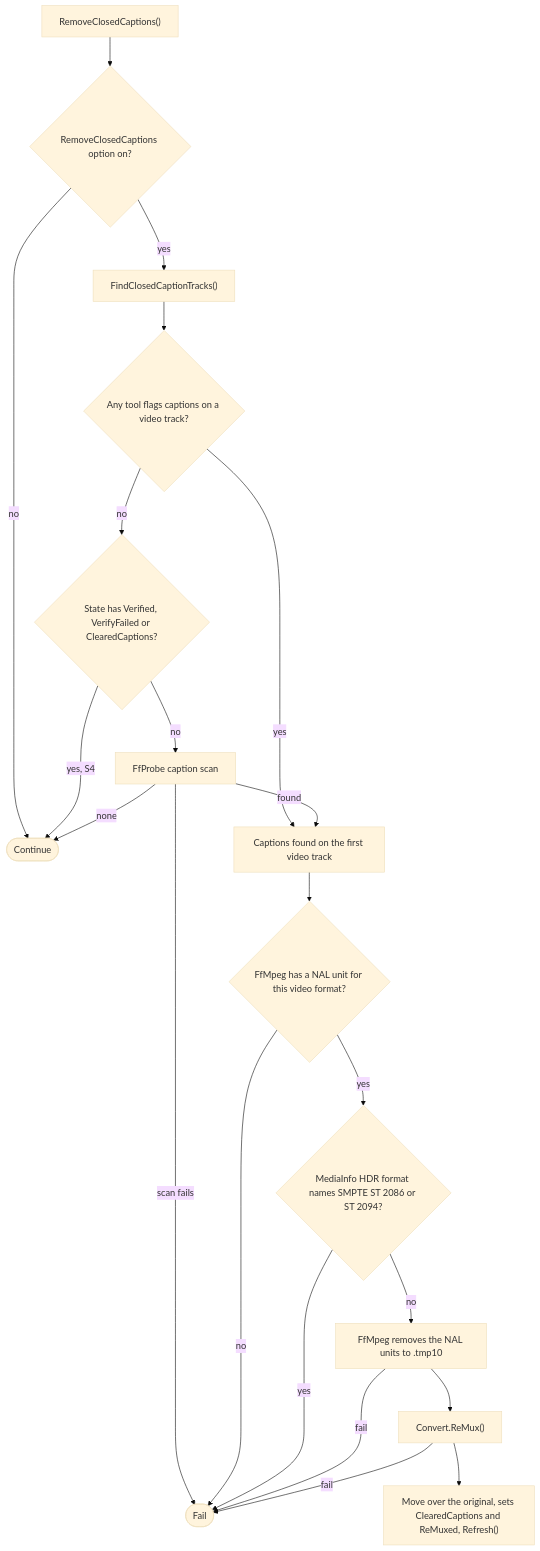
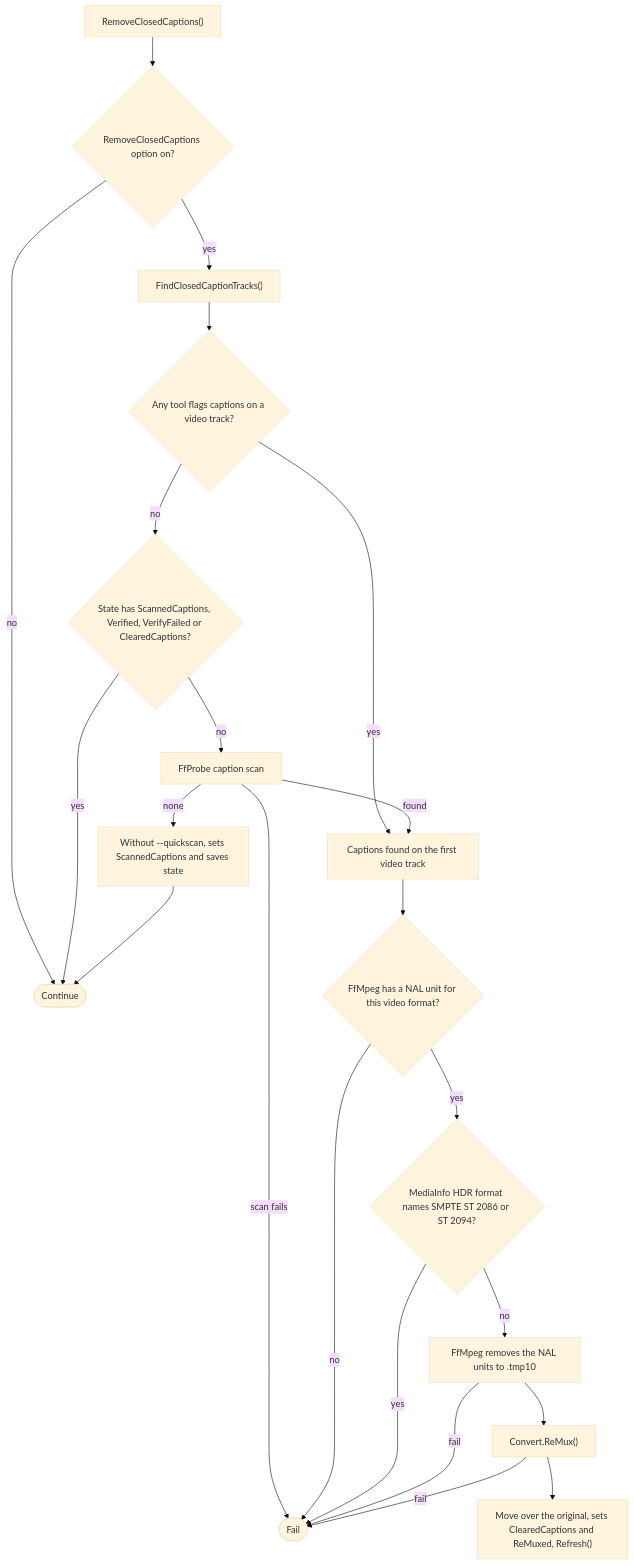
One commit to ptr727/PlexCleaner changed the seventh of 11 diagrams in ARCHITECTURE.md. Above: the diagram before and after it, drawn with Mermaid (base theme). The commit also changed other lines of this file and 5 other files, not shown here.

````diff
--- a/ARCHITECTURE.md
+++ b/ARCHITECTURE.md
@@ -516,23 +516,24 @@
 ```mermaid
 flowchart TD
   A0["RemoveClosedCaptions()"] --> A1{"RemoveClosedCaptions option on?"}
   A1 -->|no| AOK(["Continue"])
   A1 -->|yes| F0["FindClosedCaptionTracks()"]
   F0 --> F1{"Any tool flags captions on a video track?"}
   F1 -->|yes| FOUND
-  F1 -->|no| F2{"State has Verified, VerifyFailed or ClearedCaptions?"}
-  F2 -->|"yes, S4"| AOK
+  F1 -->|no| F2{"State has ScannedCaptions, Verified, VerifyFailed or ClearedCaptions?"}
+  F2 -->|yes| AOK
   F2 -->|no| F3["FfProbe caption scan"]
   F3 -->|scan fails| FAIL(["Fail"])
-  F3 -->|none| AOK
+  F3 -->|none| F4["Without --quickscan, sets ScannedCaptions and saves state"]
+  F4 --> AOK
   F3 -->|found| FOUND["Captions found on the first video track"]
   FOUND --> C1{"FfMpeg has a NAL unit for this video format?"}
   C1 -->|no| FAIL
   C1 -->|yes| C2{"MediaInfo HDR format names SMPTE ST 2086 or ST 2094?"}
   C2 -->|yes| FAIL
   C2 -->|no| C3["FfMpeg removes the NAL units to .tmp10"]
   C3 -->|fail| FAIL
   C3 --> C4["Convert.ReMux()"]
   C4 -->|fail| FAIL
   C4 --> C5["Move over the original, sets ClearedCaptions and ReMuxed, Refresh()"]
 ```
````
